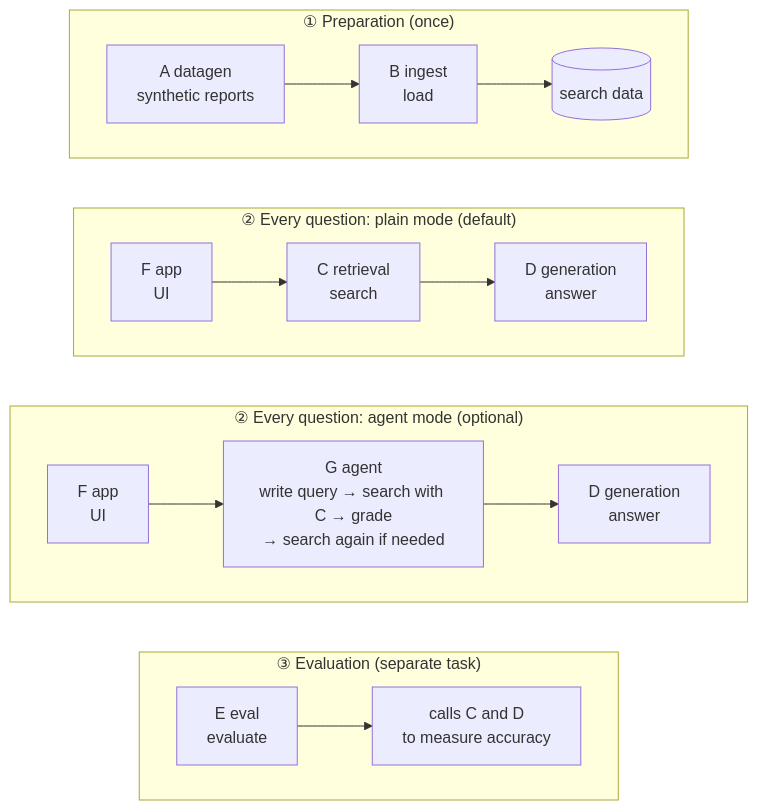
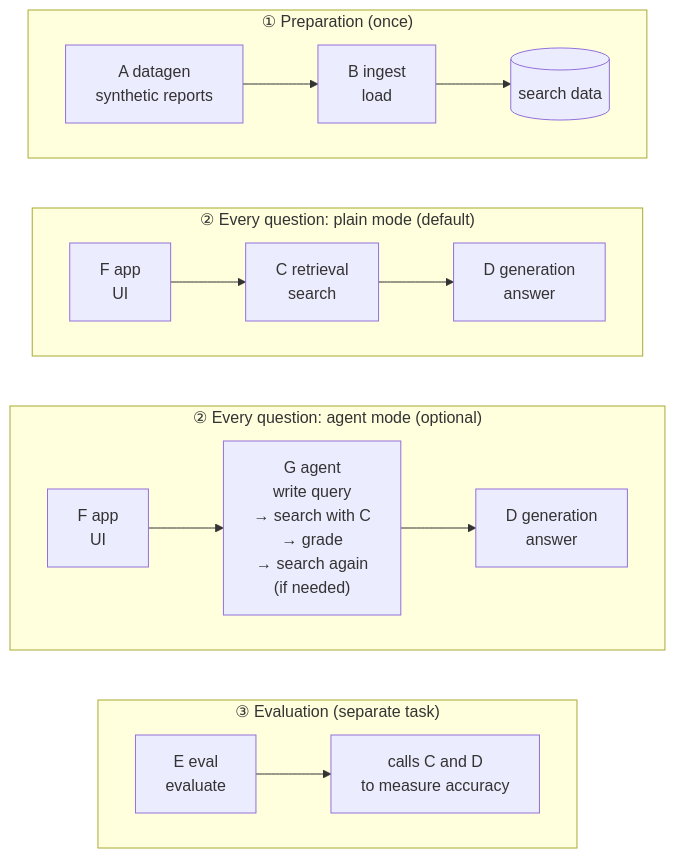
One commit to satoshi-abe-dev/silo-rag changed the first of 3 diagrams in README_en.md. Above: the diagram before and after it, drawn with Mermaid. The commit also changed 1 other file, not shown here.

Commit message:
Shorten the agent box labels in the architecture picture
On GitHub the Japanese text of the G box was clipped at the box edge because
the rendered font is wider than the one used to size the box. Put each step
on its own short line.

````diff
--- a/README_en.md
+++ b/README_en.md
@@ -125,22 +125,22 @@
 ```mermaid
 graph TB
     subgraph prep["① Preparation (once)"]
         direction LR
         A["A datagen<br/>synthetic reports"] --> B["B ingest<br/>load"] --> DB[("search data")]
     end
     subgraph plain["② Every question: plain mode (default)"]
         direction LR
         F1["F app<br/>UI"] --> C1["C retrieval<br/>search"] --> D1["D generation<br/>answer"]
     end
     subgraph agent["② Every question: agent mode (optional)"]
         direction LR
-        F2["F app<br/>UI"] --> G["G agent<br/>write query → search with C → grade<br/>→ search again if needed"] --> D2["D generation<br/>answer"]
+        F2["F app<br/>UI"] --> G["G agent<br/>write query<br/>→ search with C<br/>→ grade<br/>→ search again<br/>(if needed)"] --> D2["D generation<br/>answer"]
     end
     subgraph ev["③ Evaluation (separate task)"]
         direction LR
         E["E eval<br/>evaluate"] --> CD["calls C and D<br/>to measure accuracy"]
     end
     prep ~~~ plain
     plain ~~~ agent
     agent ~~~ ev
 ```
````
